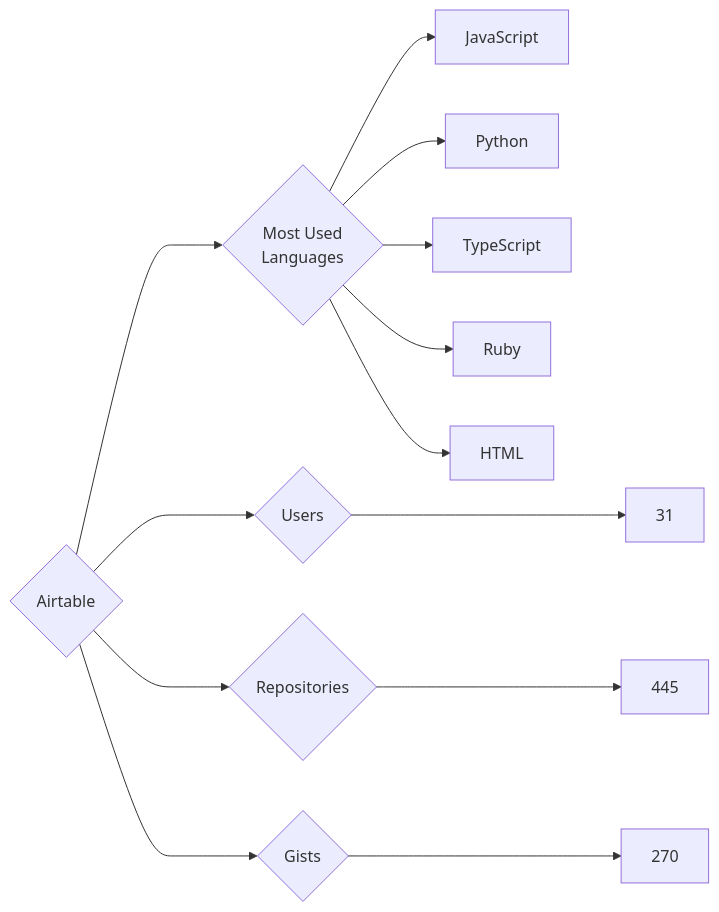
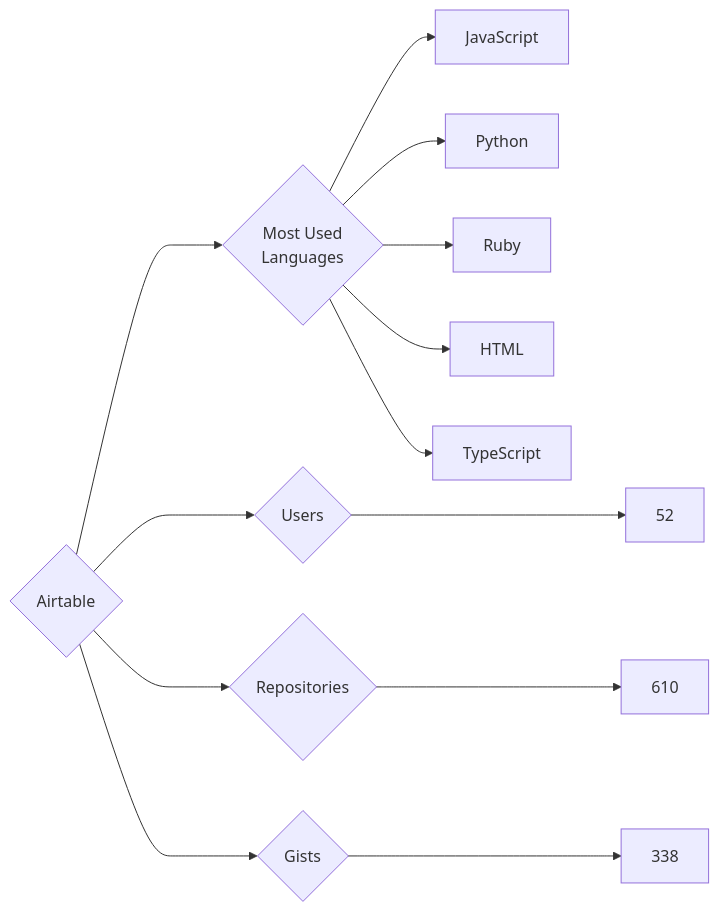
Before and after one commit to trickest/insiders: the diagram in targets/Airtable/README.md, drawn with Mermaid. The commit also changed 826 other files, not shown here.

````diff
--- a/targets/Airtable/README.md
+++ b/targets/Airtable/README.md
@@ -3,13 +3,13 @@
 ```mermaid
 graph LR
 COMPANY_NAME{Airtable}
-COMPANY_NAME ---> U{Users} ---> UN[31]
-COMPANY_NAME ---> R{Repositories} ---> RN[445]
-COMPANY_NAME ---> G{Gists} ---> GN[270]
+COMPANY_NAME ---> U{Users} ---> UN[52]
+COMPANY_NAME ---> R{Repositories} ---> RN[610]
+COMPANY_NAME ---> G{Gists} ---> GN[338]
 COMPANY_NAME ---> ML{Most Used<br>Languages}
 ML --> JavaScript[JavaScript]
 ML --> Python[Python]
-ML --> TypeScript[TypeScript]
 ML --> Ruby[Ruby]
 ML --> HTML[HTML]
+ML --> TypeScript[TypeScript]
 ```
````
